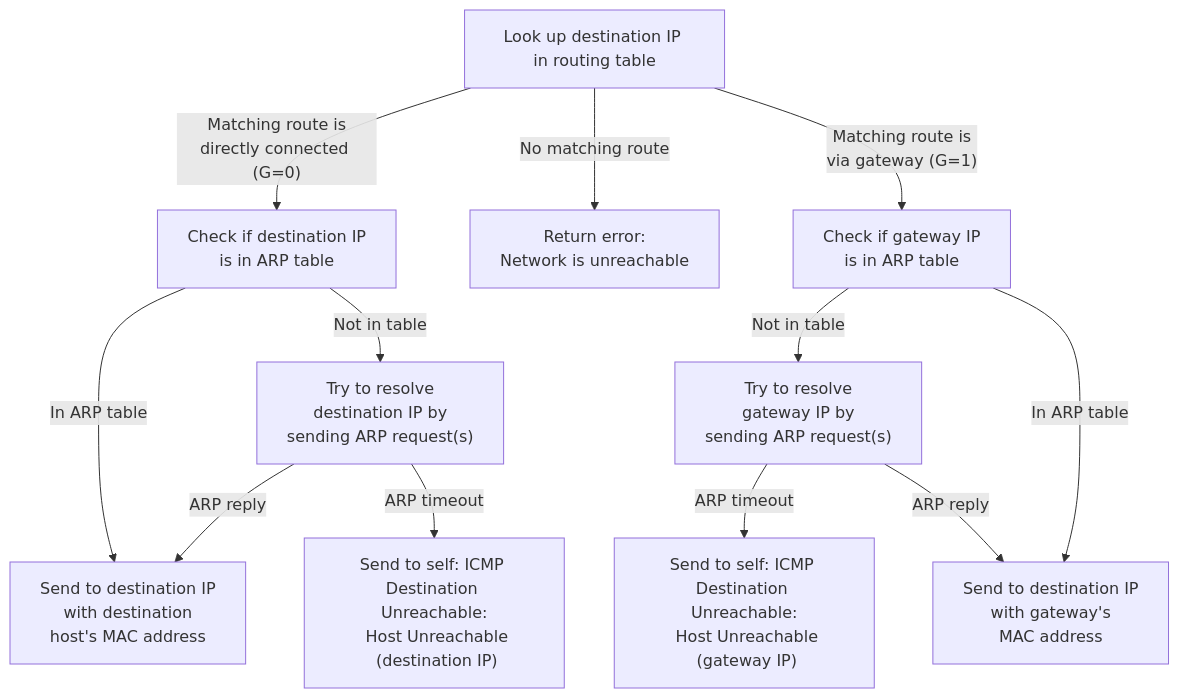
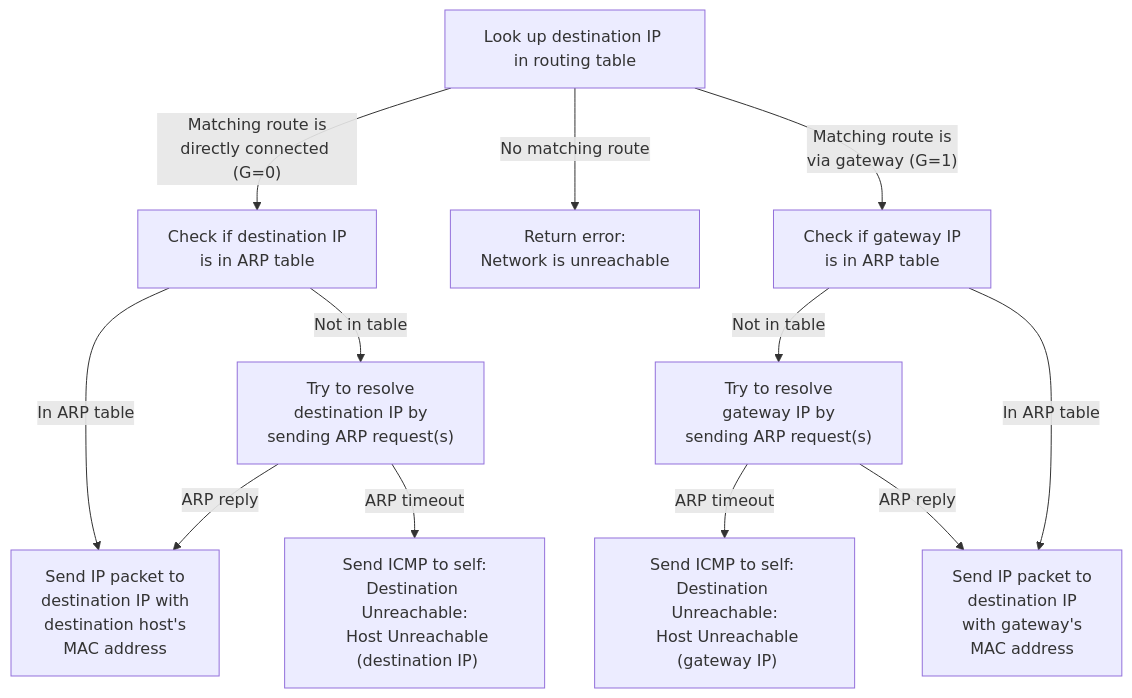
The diagram in lab3/3-arp-route-diagram.md (ffund/tcp-ip-essentials), drawn with Mermaid before and after one commit. The commit also changed 5 other files, not shown here.

````diff
--- a/lab3/3-arp-route-diagram.md
+++ b/lab3/3-arp-route-diagram.md
@@ -3,15 +3,15 @@
 ```mermaid
 graph TD
     A["Look up destination IP in routing table"] 
     A -->|"Matching route is<br/>directly connected (G=0)"| B["Check if destination IP<br/> is in ARP table"]
     A -->|"No matching route"| D["Return error:<br/> Network is unreachable"]
     A -->|"Matching route is<br/>via gateway (G=1)"| C["Check if gateway IP<br/> is in ARP table"]
-    B -->|"In ARP table"| F["Send to destination IP<br/> with destination <br/>host's MAC address"]
+    B -->|"In ARP table"| F["Send IP packet to <br/>destination IP with<br/> destination host's<br/> MAC address"]
     B -->|"Not in table"| E["Try to resolve<br/> destination IP by<br/> sending ARP request(s)"]
     E -->|"ARP reply"|F
-    E -->|"ARP timeout"|I["Send to self: ICMP <br/>Destination Unreachable:<br/> Host Unreachable<br/> (destination IP)"]
+    E -->|"ARP timeout"|I["Send ICMP to self:<br/>Destination Unreachable:<br/> Host Unreachable<br/> (destination IP)"]
     C -->|"Not in table"| G["Try to resolve<br/> gateway IP by<br/> sending ARP request(s)"]
-    G -->|"ARP timeout"|J["Send to self: ICMP <br/>Destination Unreachable:<br/> Host Unreachable<br/> (gateway IP)"]
-    G -->|"ARP reply"|H["Send to destination IP<br/> with gateway's<br/> MAC address"]
+    G -->|"ARP timeout"|J["Send ICMP to self: <br/>Destination Unreachable:<br/> Host Unreachable<br/> (gateway IP)"]
+    G -->|"ARP reply"|H["Send IP packet to <br/>destination IP<br/> with gateway's<br/> MAC address"]
     C -->|"In ARP table"| H
 ```
````
